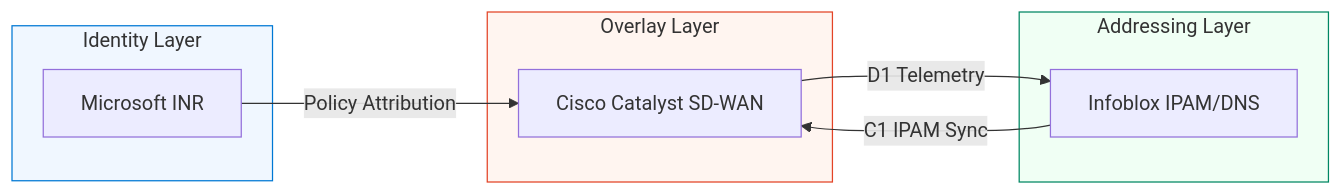
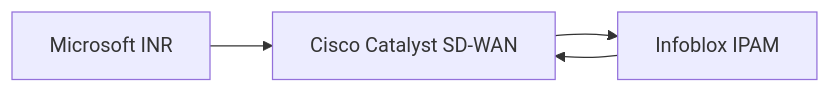
One commit to WhalerMike/uiao changed the second of 12 diagrams in diagram-review.md. Above: the diagram before and after it, drawn with Mermaid. The commit also changed other lines of this file, not shown here.

Commit message:
Simplify all 12 Mermaid diagrams to vanilla syntax for GitHub compatibility

````diff
--- a/diagram-review.md
+++ b/diagram-review.md
@@ -37,22 +22,6 @@
 ```mermaid
 graph LR
-    subgraph Identity_Layer [Identity Layer]
-        INR[Microsoft INR]
-    end
-
-    subgraph Addressing_Layer [Addressing Layer]
-        IB[Infoblox IPAM/DNS]
-    end
-
-    subgraph Overlay_Layer [Overlay Layer]
-        CAT[Cisco Catalyst SD-WAN]
-    end
-
-    INR -- "Policy Attribution" --> CAT
-    IB -- "C1 IPAM Sync" --> CAT
-    CAT -- "D1 Telemetry" --> IB
-
-    style Identity_Layer fill:#f0f7ff,stroke:#0078d4
-    style Addressing_Layer fill:#f0fff4,stroke:#008762
-    style Overlay_Layer fill:#fff5f0,stroke:#e34326
+    INR[Microsoft INR] --> CAT[Cisco Catalyst SD-WAN]
+    IB[Infoblox IPAM] --> CAT
+    CAT --> IB
 ```
````
